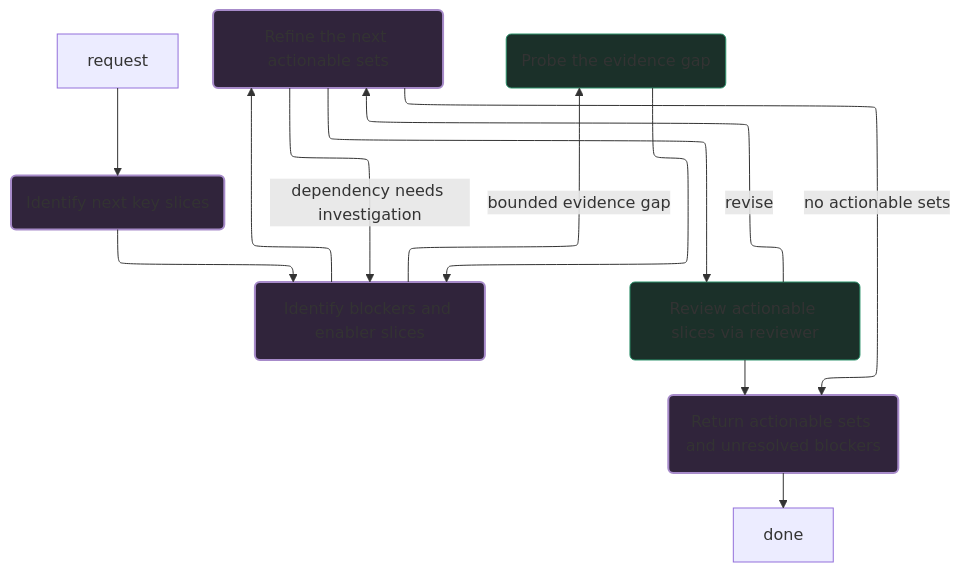
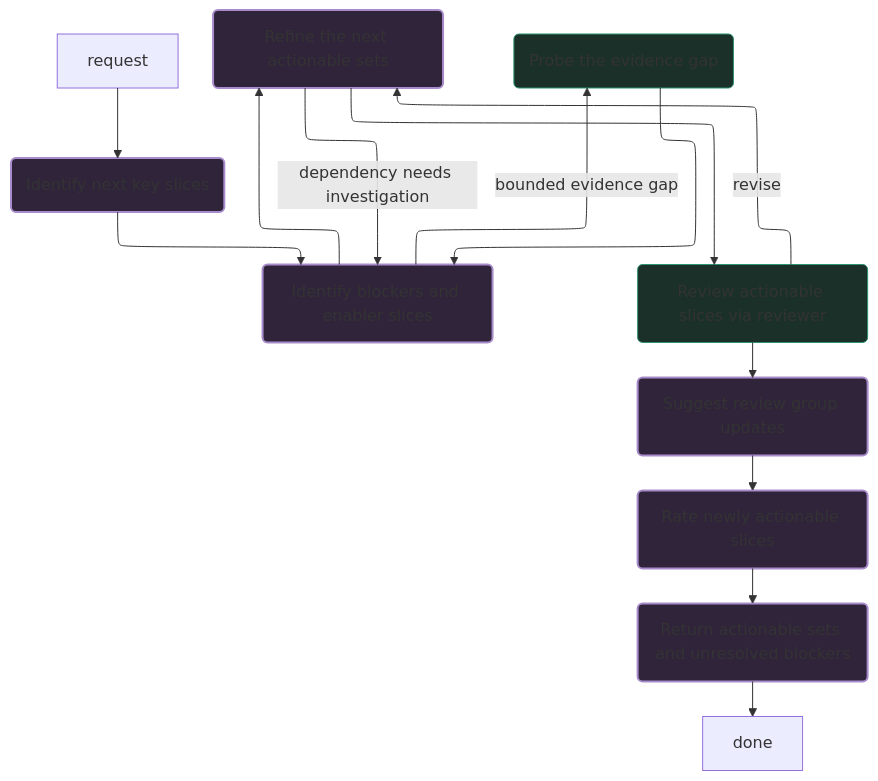
One commit to goatfryed/harness-harness changed the diagram in .opencode/agents/objective/slicer.md. Above: the diagram before and after it, drawn with Mermaid. The commit also changed other lines of this file and 1 other file, not shown here.

Commit message:
feat: refine objective flow

````diff
--- a/.opencode/agents/objective/slicer.md
+++ b/.opencode/agents/objective/slicer.md
@@ -14,21 +18,22 @@
 ```mermaid
 ---
 config:
     layout: elk
 ---
 flowchart TB
     request:::state --> identify
     identify(Identify next key slices):::current_agent --> dependencies
     dependencies(Identify blockers and enabler slices):::current_agent --> refine
     dependencies -->|bounded evidence gap| probe
     probe(Probe the evidence gap):::subagent_utility --> dependencies
     refine(Refine the next actionable sets):::current_agent --> review
     refine -->|dependency needs investigation| dependencies
-    review(Review actionable slices via reviewer):::subagent_utility --> hand_back
+    review(Review actionable slices via reviewer):::subagent_utility --> suggest_groups
     review -->|revise| refine
-    refine -->|no actionable sets| hand_back
+    suggest_groups(Suggest review group updates):::current_agent --> rate_slices
+    rate_slices(Rate newly actionable slices):::current_agent --> hand_back
     hand_back(Return actionable sets and unresolved blockers):::current_agent --> done:::state
 
     classDef current_agent fill:#30243B,stroke:#A78BCA,stroke-width:2px
     classDef subagent_utility fill:#1B3029,stroke:#2D936C
 ```
````
